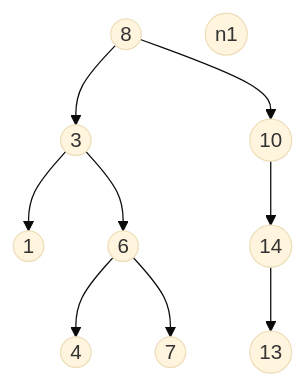
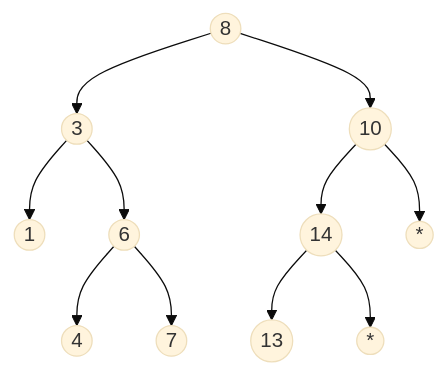
One commit to Daniel-Wei/Algo_DS_Notes changed the second of 2 diagrams in 数据结构/Tree/AVL/BST/Readme.md. Above: the diagram before and after it, drawn with Mermaid (base theme).

````diff
--- a/数据结构/Tree/AVL/BST/Readme.md
+++ b/数据结构/Tree/AVL/BST/Readme.md
@@ -25,24 +22,27 @@
 ```mermaid 
 graph TB;
 
 1((1))
 3((3))
 4((4))
 6((6))
 7((7))
 8((8))
 10((10))
-n1((n1))
+n1((*))
 13((13))
 14((14))
+n2((*))
 
 8-->3
 8-->10
 3-->1
 3-->6
+10-->n1
 10-->14
 6-->4
 6-->7
 14-->13
+14-->n2
 
 ```
````
